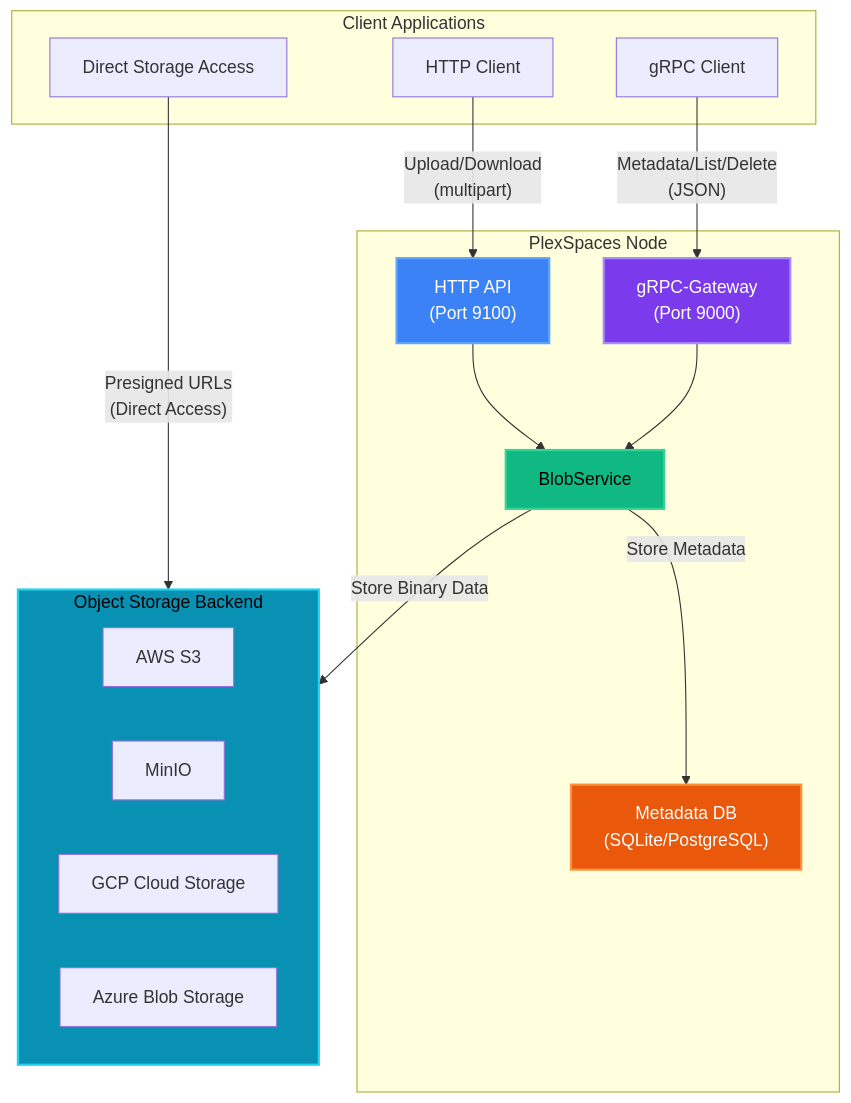
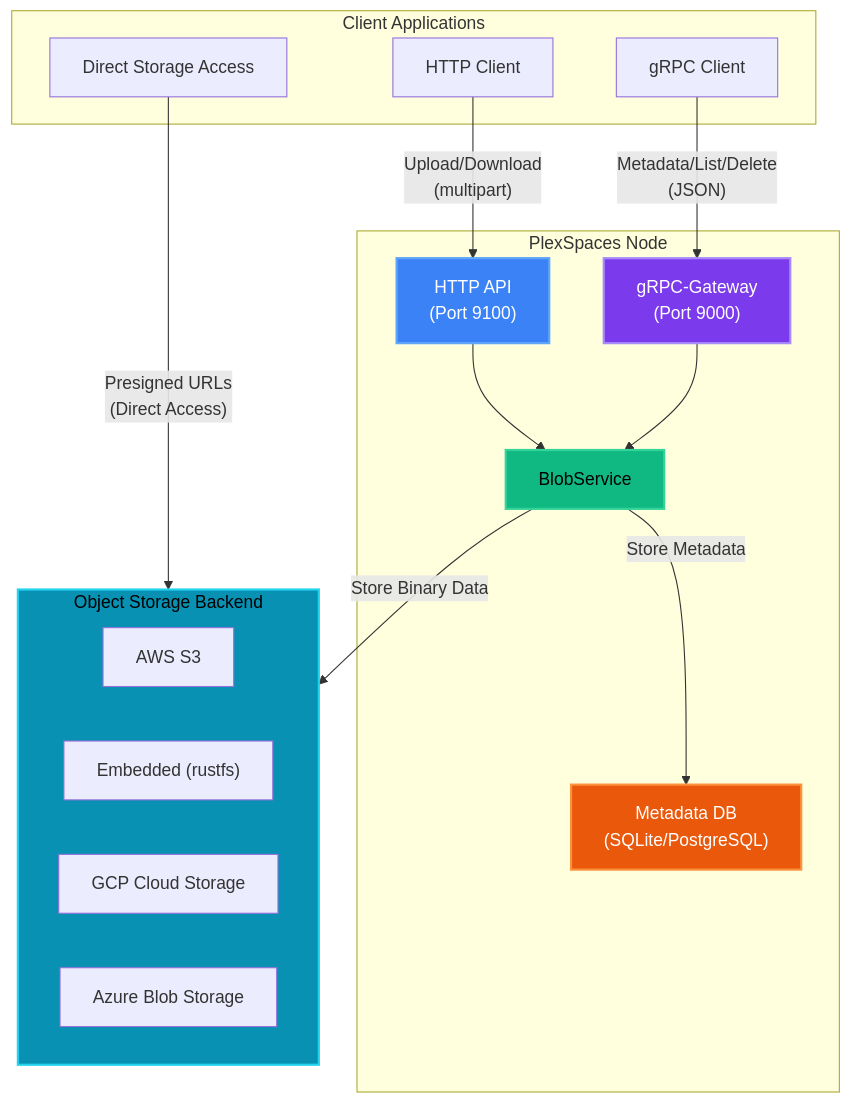
The fourth of 11 diagrams in docs/detailed-design.md (bhatti/PlexSpaces), drawn with Mermaid before and after one commit. The commit also changed other lines of this file and 150 other files, not shown here.

````diff
--- a/docs/detailed-design.md
+++ b/docs/detailed-design.md
@@ -1488,38 +1488,38 @@
 ```mermaid
 graph TB
     subgraph Client["Client Applications"]
         HTTP["HTTP Client"]
         GRPC["gRPC Client"]
         Direct["Direct Storage Access"]
     end
     
     subgraph PlexSpaces["PlexSpaces Node"]
         HTTPAPI["HTTP API<br/>(Port 9100)"]
         GRPCAPI["gRPC-Gateway<br/>(Port 9000)"]
         BlobService["BlobService"]
         MetadataDB["Metadata DB<br/>(SQLite/PostgreSQL)"]
     end
     
     subgraph Storage["Object Storage Backend"]
         S3["AWS S3"]
-        MinIO["MinIO"]
+        Embedded["Embedded (rustfs)"]
         GCP["GCP Cloud Storage"]
         Azure["Azure Blob Storage"]
     end
     
     HTTP -->|"Upload/Download<br/>(multipart)"| HTTPAPI
     GRPC -->|"Metadata/List/Delete<br/>(JSON)"| GRPCAPI
     Direct -->|"Presigned URLs<br/>(Direct Access)"| Storage
     
     HTTPAPI --> BlobService
     GRPCAPI --> BlobService
     
     BlobService -->|"Store Binary Data"| Storage
     BlobService -->|"Store Metadata"| MetadataDB
     
     style HTTPAPI fill:#3b82f6,stroke:#60a5fa,stroke-width:2px,color:#fff
     style GRPCAPI fill:#7c3aed,stroke:#a78bfa,stroke-width:2px,color:#fff
     style BlobService fill:#10b981,stroke:#34d399,stroke-width:2px,color:#000
     style MetadataDB fill:#ea580c,stroke:#fb923c,stroke-width:2px,color:#fff
     style Storage fill:#0891b2,stroke:#22d3ee,stroke-width:2px,color:#000
 ```
````
